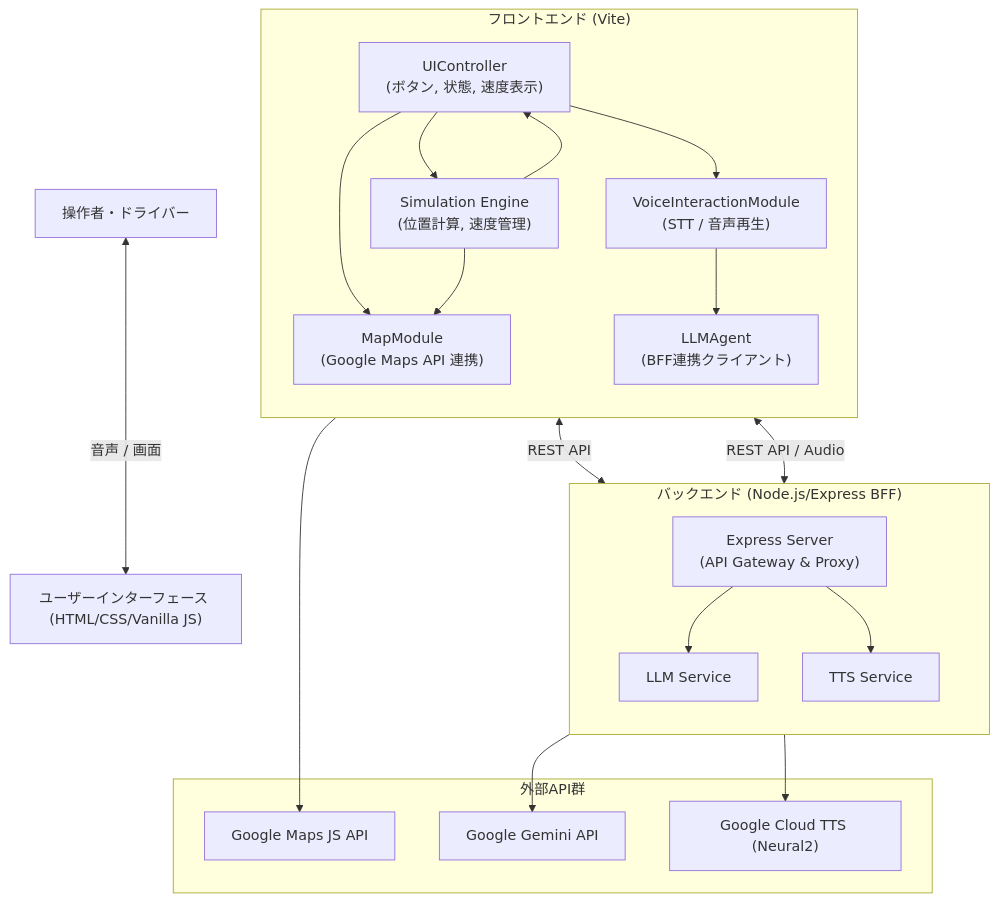
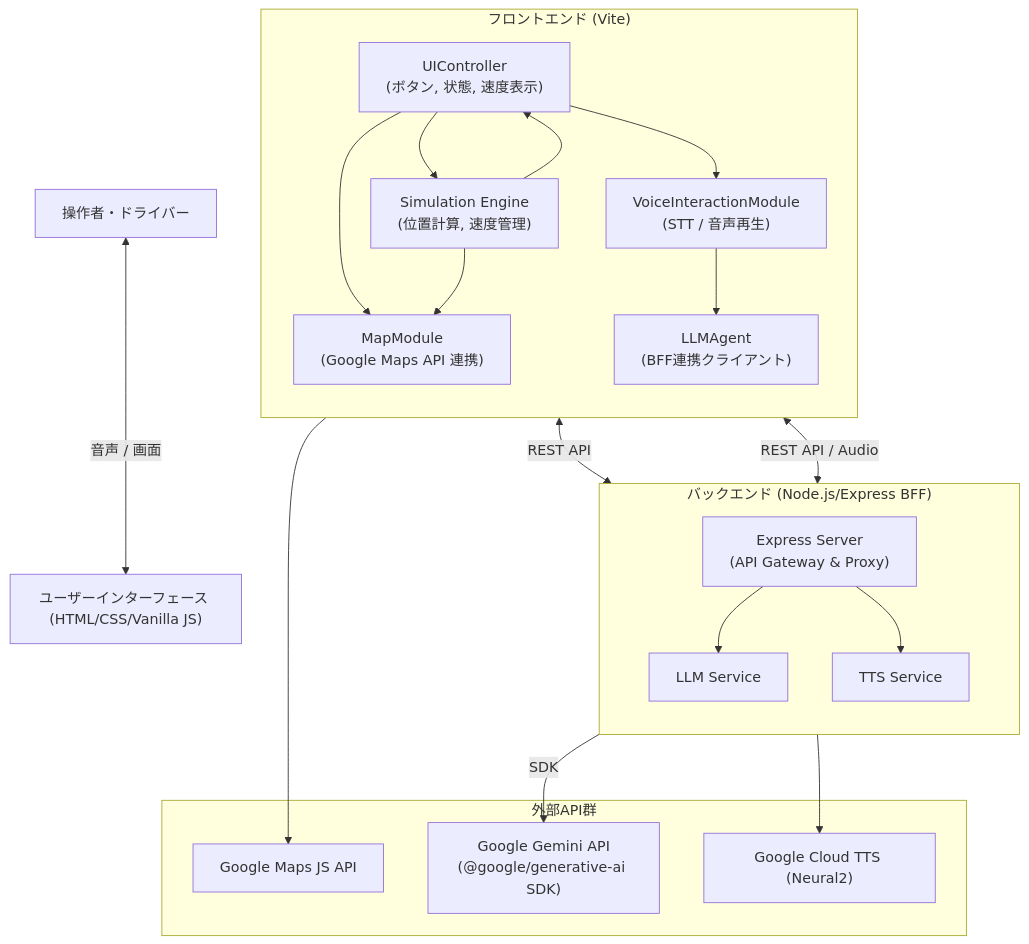
One commit to yamaPiT/VoiceNavi changed the diagram in doc/SW205_ソフトウェアアーキテクチャ設計書.md. Above: the diagram before and after it, drawn with Mermaid. The commit also changed other lines of this file and 91 other files, not shown here.

Commit message:
feat: Integrate Google Generative AI for LLM agent functionality and add project documentation.

````diff
--- a/doc/SW205_ソフトウェアアーキテクチャ設計書.md
+++ b/doc/SW205_ソフトウェアアーキテクチャ設計書.md
@@ -16,41 +16,41 @@
 ```mermaid
 flowchart TD
     User["操作者・ドライバー"] <--> |音声 / 画面| UI["ユーザーインターフェース (HTML/CSS/Vanilla JS)"]
     
     subgraph Frontend ["フロントエンド (Vite)"]
         direction TB
         UI_Ctrl["UIController<br>(ボタン, 状態, 速度表示)"]
         Sim["Simulation Engine<br>(位置計算, 速度管理)"]
         Map["MapModule<br>(Google Maps API 連携)"]
         Voice["VoiceInteractionModule<br>(STT / 音声再生)"]
         LLM["LLMAgent<br>(BFF連携クライアント)"]
         
         UI_Ctrl --> Sim
         UI_Ctrl --> Map
         UI_Ctrl --> Voice
         Voice --> LLM
         Sim --> Map
         Sim --> UI_Ctrl
     end
 
     subgraph Backend ["バックエンド (Node.js/Express BFF)"]
         direction TB
         Server["Express Server<br>(API Gateway & Proxy)"]
         Server_LLM["LLM Service"]
         Server_TTS["TTS Service"]
         Server --> Server_LLM
         Server --> Server_TTS
     end
     
     subgraph External ["外部API群"]
         GCP_Maps["Google Maps JS API"]
         GCP_TTS["Google Cloud TTS (Neural2)"]
-        Gemini["Google Gemini API"]
+        Gemini["Google Gemini API<br>(@google/generative-ai SDK)"]
     end
     
     Map --> GCP_Maps
     LLM <--> |REST API| Server
     Voice <--> |REST API / Audio| Server
-    Server_LLM --> Gemini
+    Server_LLM --> |SDK| Gemini
     Server_TTS --> GCP_TTS
 ```
````
